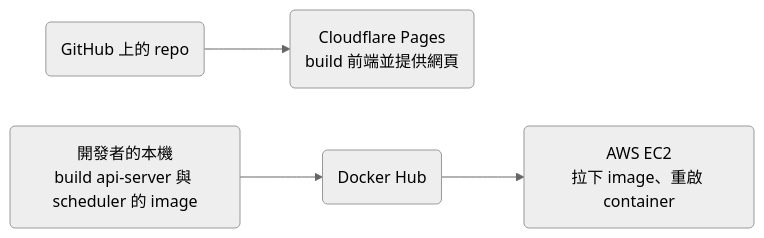
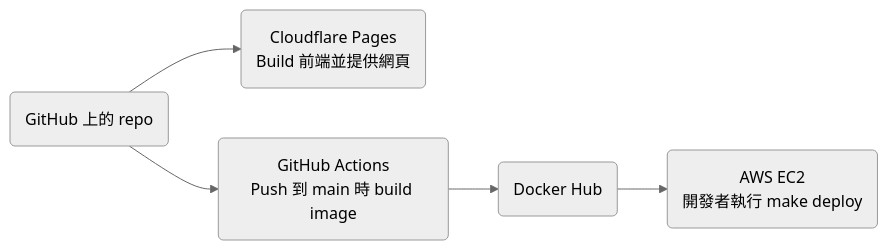
One commit to bingyangchen/taigu changed the third of 3 diagrams in docs/specs/architecture.md. Above: the diagram before and after it, drawn with Mermaid (neutral theme). The commit also changed other lines of this file and 20 other files, not shown here.

````diff
--- a/docs/specs/architecture.md
+++ b/docs/specs/architecture.md
@@ -30,5 +45,5 @@
 ```mermaid
 flowchart LR
-  repo("GitHub 上的 repo") --> pages("Cloudflare Pages<br/>build 前端並提供網頁")
-  laptop("開發者的本機<br/>build api-server 與 scheduler 的 image") --> hub("Docker Hub") --> ec2("AWS EC2<br/>拉下 image、重啟 container")
+  repo("GitHub 上的 repo") --> pages("Cloudflare Pages<br/>Build 前端並提供網頁")
+  repo --> actions("GitHub Actions<br/>Push 到 main 時 build image") --> hub("Docker Hub") --> ec2("AWS EC2<br/>開發者執行 make deploy")
 ```
````
